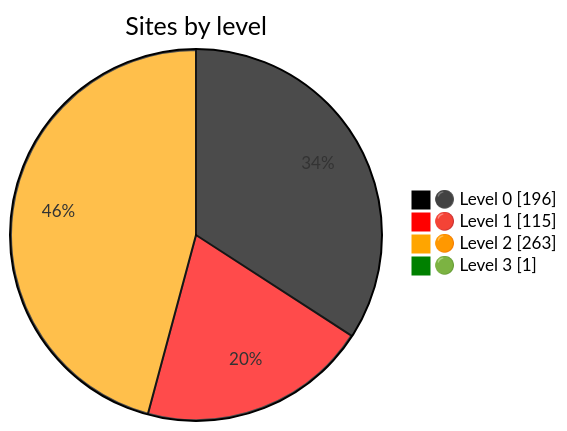
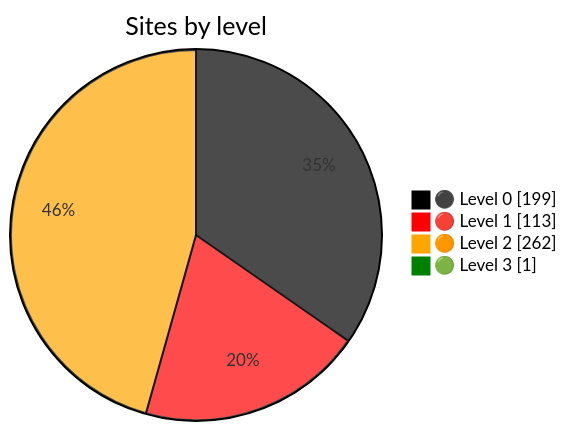
One commit to nuuuwan/gov_lk_web_auditor changed the diagram in README.md. Above: the diagram before and after it, drawn with Mermaid. The commit also changed other lines of this file and 2560 other files, not shown here.

````diff
--- a/README.md
+++ b/README.md
@@ -24,9 +24,9 @@
 ```mermaid
 %%{init: {"themeVariables":{"pie1":"black","pie2":"red","pie3":"orange","pie4":"green"}}}%%
 pie showData
     title Sites by level
-    "⚫ Level 0" : 196
-    "🔴 Level 1" : 115
-    "🟠 Level 2" : 263
+    "⚫ Level 0" : 199
+    "🔴 Level 1" : 113
+    "🟠 Level 2" : 262
     "🟢 Level 3" : 1
 ```
````
